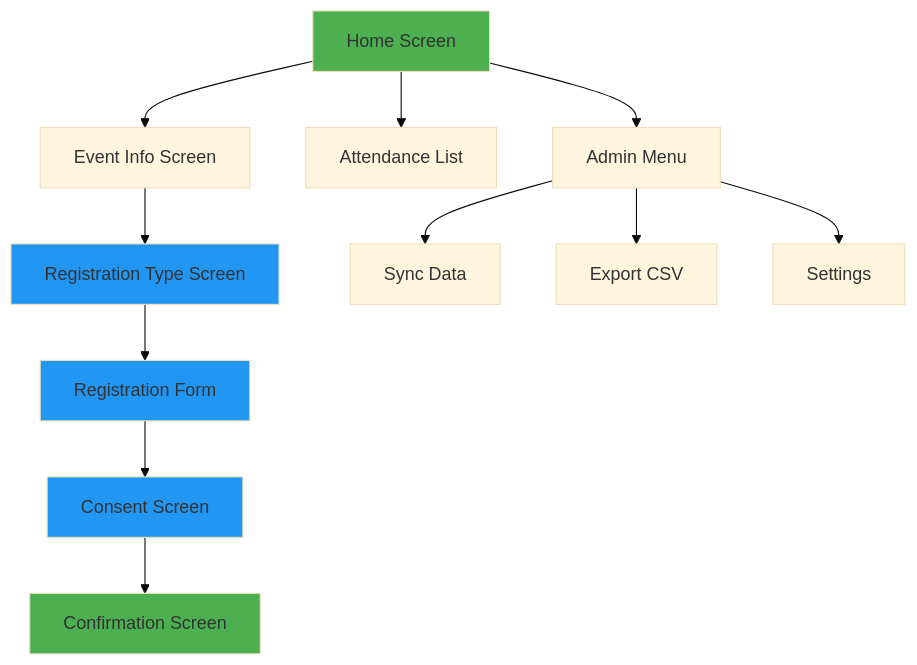
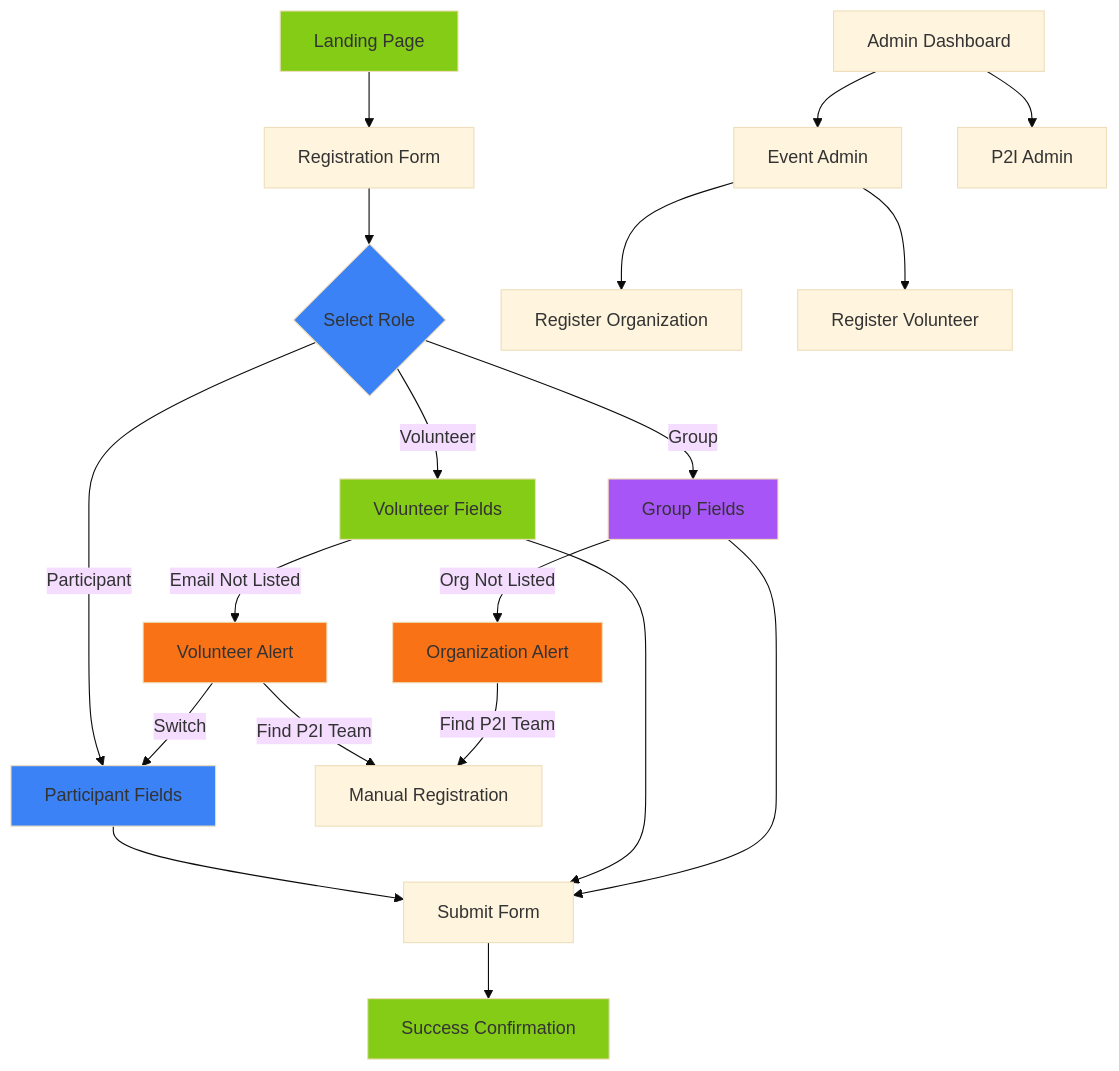
The diagram in documentation/confluence_documentation/05_DESIGN/UI_WIREFRAMES.md (mrwilljackson/p2iphg), drawn with Mermaid (base theme) before and after one commit. The commit also changed other lines of this file, not shown here.

````diff
--- a/documentation/confluence_documentation/05_DESIGN/UI_WIREFRAMES.md
+++ b/documentation/confluence_documentation/05_DESIGN/UI_WIREFRAMES.md
@@ -27,21 +31,36 @@
 ```mermaid
 graph TD
-    A[Home Screen] --> B[Event Info Screen]
-    B --> C[Registration Type Screen]
-    C --> D[Registration Form]
-    D --> E[Consent Screen]
-    E --> F[Confirmation Screen]
-    
-    A --> G[Attendance List]
-    A --> H[Admin Menu]
-    
-    H --> I[Sync Data]
-    H --> J[Export CSV]
-    H --> K[Settings]
-    
-    style A fill:#4CAF50
-    style F fill:#4CAF50
-    style C fill:#2196F3
-    style D fill:#2196F3
-    style E fill:#2196F3
+    A[Landing Page] --> B[Registration Form]
+    B --> C{Select Role}
+    C -->|Participant| D[Participant Fields]
+    C -->|Volunteer| E[Volunteer Fields]
+    C -->|Group| F[Group Fields]
+
+    E -->|Email Not Listed| G[Volunteer Alert]
+    F -->|Org Not Listed| H[Organization Alert]
+
+    G -->|Switch| D
+    G -->|Find P2I Team| I[Manual Registration]
+    H -->|Find P2I Team| I
+
+    D --> J[Submit Form]
+    E --> J
+    F --> J
+
+    J --> K[Success Confirmation]
+
+    L[Admin Dashboard] --> M[Event Admin]
+    L --> N[P2I Admin]
+
+    M --> O[Register Organization]
+    M --> P[Register Volunteer]
+
+    style A fill:#84cc16
+    style K fill:#84cc16
+    style C fill:#3b82f6
+    style D fill:#3b82f6
+    style E fill:#84cc16
+    style F fill:#a855f7
+    style G fill:#f97316
+    style H fill:#f97316
 ```
````
